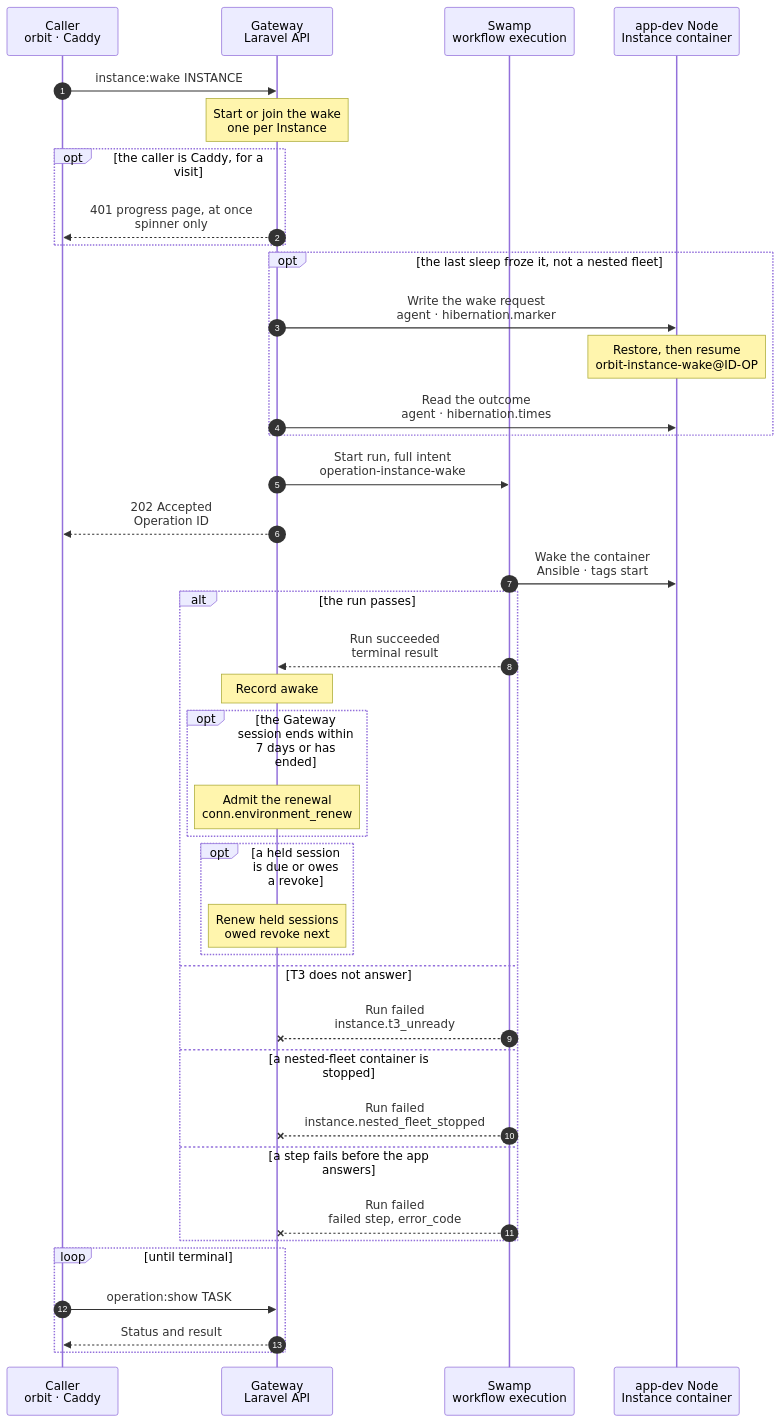
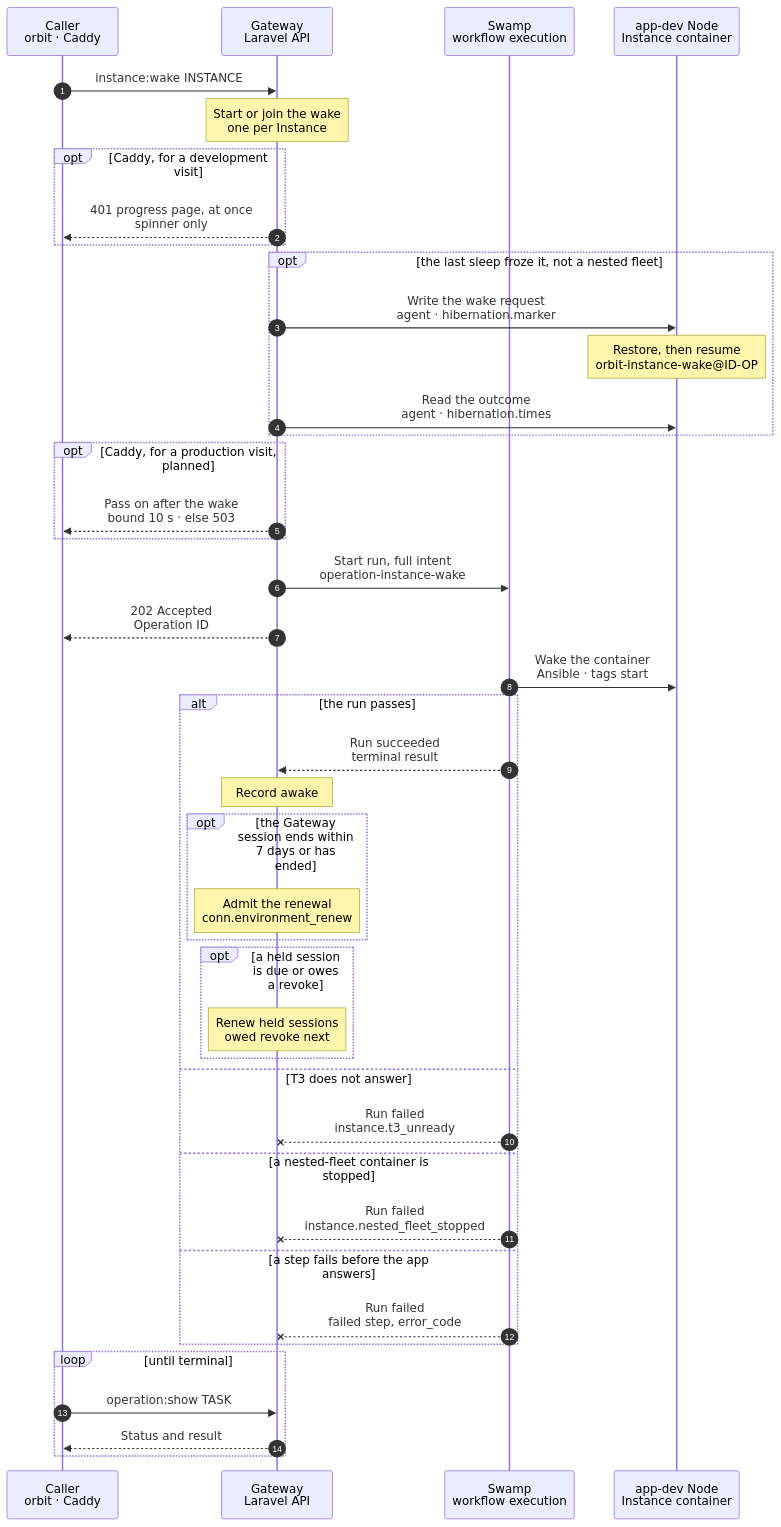
The diagram in docs/cli/instance/wake.mmd (hardimpactdev/orbit), drawn with Mermaid before and after one commit. The commit also changed 1 other file, not shown here.

Commit message:
docs(charts): sleep and wake charts gain the planned production live branch

```diff
--- a/docs/cli/instance/wake.mmd
+++ b/docs/cli/instance/wake.mmd
@@ -1,5 +1,5 @@
 sequenceDiagram
-  %% Container runtime (ADR 0250 step 8, ADR 0261, docs/reference/development-containers.md#sleep-and-wake, docs/reference/prepared-restore.md): read a sleeping development container's recorded pages back while it is still frozen, then resume it, or start one that was stopped. Defaults and nested-fleet Instances wake under the same rule as clones (owner decision 2026-11-14); a stopped nested-fleet Instance is never booted here. A request to its Route admits the same kind through the runtime activation endpoint of docs/reference/app-dev-runtime-hibernation.md#wake.
+  %% Container runtime (ADR 0250 step 8, ADR 0261, docs/reference/development-containers.md#sleep-and-wake, docs/reference/prepared-restore.md): read a sleeping development container's recorded pages back while it is still frozen, then resume it, or start one that was stopped. Defaults and nested-fleet Instances wake under the same rule as clones (owner decision 2026-11-14); a stopped nested-fleet Instance is never booted here. A request to its Route admits the same kind through the runtime activation endpoint of docs/reference/app-dev-runtime-hibernation.md#wake. Planned (ADR 0265, docs/reference/production-containers.md#sleep-and-wake): a production Instance's live release container wakes by the same rule, and Caddy holds its visitor instead of the progress page.
   %% status: draft
   %% command: instance:wake
   %% kind: instance.wake
@@ -20,6 +20,7 @@
   %%> - the command
   %%> - Caddy on the Instance's Node, when a request finds the asleep marker: `GET runtime-activations/app-instance/ID`
   %%> - planned: a Conn device that opens the T3 server, and the task flow before a turn on an attached Instance
+  %%> - planned: a due native cron Schedule of a production Instance whose live sleeps; the fire waits for the wake, and this wake does not count as activity
   %%> - not needed by a copy: a clone or task copy of an asleep default copies its seed snapshot
   %%> - a deployment of a sleeping Instance resumes or starts it in its own run, and removes the marker there
   %%> Requirements:
@@ -27,13 +28,14 @@
   Note over GW: Start or join the wake<br/>one per Instance
   %%> When:
   %%> - an active development container, a default and a nested-fleet Instance included
+  %%> - planned: a production Instance's live release container; the wake is admitted beside an open deploy or rollback, which changes live only after its switch; the switch and the wake take the Instance's power lock
   %%> - a nested-fleet Instance takes the wake only when its last sleep froze it and no wake since found it stopped; otherwise a nested-fleet clone takes its start (instance/start.mmd) and a nested-fleet default refuses: only its deployment starts it
   %%> Result:
   %%> - an open wake of the Instance is joined: a second caller gets the same Operation, Caddy the same progress page
   %%> - after a failed wake, Caddy gets the failure page with Try again until a retry or the command starts a new wake
   %%> On failure:
   %%> - no container, a non-development Instance, a nested-fleet default whose last sleep did not freeze it, or other lifecycle work starts no run
-  opt the caller is Caddy, for a visit
+  opt Caddy, for a development visit
     GW-->>CL: 401 progress page, at once<br/>spinner only
     %%> Result:
     %%> - the visitor never waits for the wake: the Gateway admits or joins it and answers before any Node call or run start
@@ -76,6 +78,17 @@
     %%> - `.failed`, an agent call that failed or the bound: the Gateway removes the request, and the same Operation starts the run below; the run takes the same lock, so it waits for a worker still at work and goes on from the state the Node reached
     %%> - a Gateway worker that dies here: a delayed start runs the same Operation's run 15 s later
     %%> - a cancel between Caddy's answer and the Node calls: the Gateway makes no Node call; a cancel during the resume keeps the Operation cancelled, and a late outcome never overwrites it
+  end
+  opt Caddy, for a production visit, planned
+    GW-->>CL: Pass on after the wake<br/>bound 10 s · else 503
+    %%> What it does:
+    %%> - Caddy holds the visitor's request; the Gateway answers its activation call once the marker is gone, and Caddy passes the request to live
+    %%> - a person, an API client or a webhook sees only a slower first answer: about 1.5 s warm, 2.4 s cold
+    %%> Why:
+    %%> - a progress page with status 401 breaks an API client and a webhook (ADR 0265)
+    %%> On failure:
+    %%> - after 10 s, or after a failed wake, Caddy answers `503` with `Retry-After: 5` and a plain page that names the Instance; the wake goes on, and a failure is stored as in development
+    %%> - when the fast wake fell back to the run below, the hold goes on until the run ends or the bound
   end
   GW->>SW: Start run, full intent<br/>operation-instance-wake
   GW-->>CL: 202 Accepted<br/>Operation ID
```
